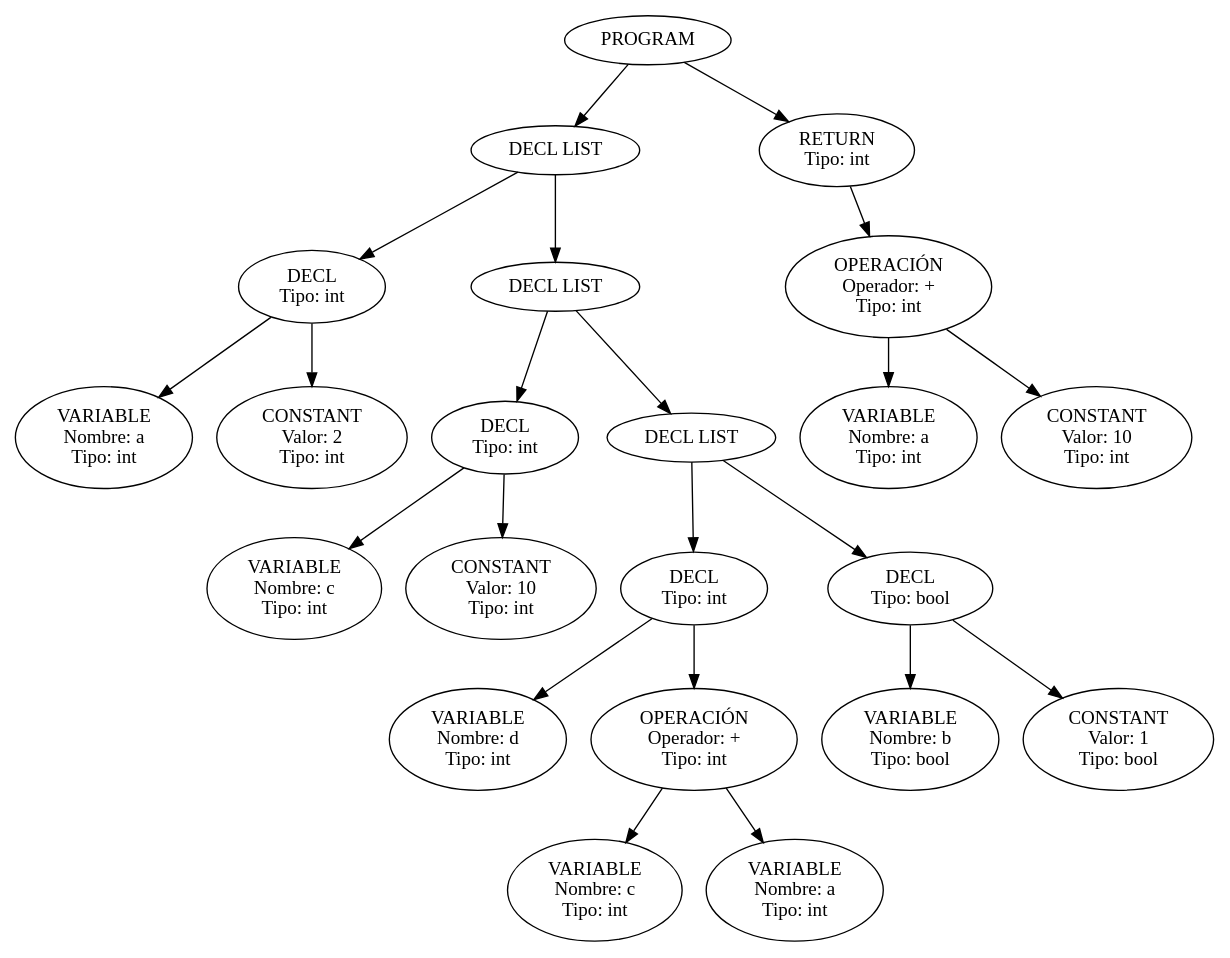
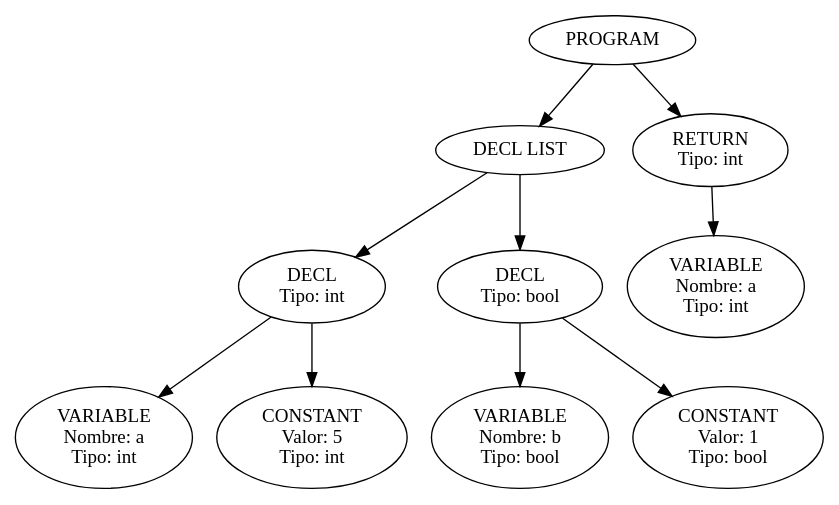
One commit to LucioMansilla/loopi_compiler changed the diagram in ast.dot. Above: the diagram before and after it, drawn with Graphviz. The commit also changed 19 other files, not shown here.

```diff
--- a/ast.dot
+++ b/ast.dot
@@ -1,45 +1,21 @@
 digraph AST {
   0 [label="PROGRAM"];
   1 [label="DECL LIST"];
   2 [label="DECL\nTipo: int"];
   3 [label="VARIABLE\nNombre: a\nTipo: int"];
   2 -> 3;
-  4 [label="CONSTANT\nValor: 2\nTipo: int"];
+  4 [label="CONSTANT\nValor: 5\nTipo: int"];
   2 -> 4;
   1 -> 2;
-  5 [label="DECL LIST"];
-  6 [label="DECL\nTipo: int"];
-  7 [label="VARIABLE\nNombre: c\nTipo: int"];
-  6 -> 7;
-  8 [label="CONSTANT\nValor: 10\nTipo: int"];
-  6 -> 8;
+  5 [label="DECL\nTipo: bool"];
+  6 [label="VARIABLE\nNombre: b\nTipo: bool"];
   5 -> 6;
-  9 [label="DECL LIST"];
-  10 [label="DECL\nTipo: int"];
-  11 [label="VARIABLE\nNombre: d\nTipo: int"];
-  10 -> 11;
-  12 [label="OPERACIÓN\nOperador: +\nTipo: int"];
-  13 [label="VARIABLE\nNombre: c\nTipo: int"];
-  12 -> 13;
-  14 [label="VARIABLE\nNombre: a\nTipo: int"];
-  12 -> 14;
-  10 -> 12;
-  9 -> 10;
-  15 [label="DECL\nTipo: bool"];
-  16 [label="VARIABLE\nNombre: b\nTipo: bool"];
-  15 -> 16;
-  17 [label="CONSTANT\nValor: 1\nTipo: bool"];
-  15 -> 17;
-  9 -> 15;
-  5 -> 9;
+  7 [label="CONSTANT\nValor: 1\nTipo: bool"];
+  5 -> 7;
   1 -> 5;
   0 -> 1;
-  18 [label="RETURN\nTipo: int"];
-  19 [label="OPERACIÓN\nOperador: +\nTipo: int"];
-  20 [label="VARIABLE\nNombre: a\nTipo: int"];
-  19 -> 20;
-  21 [label="CONSTANT\nValor: 10\nTipo: int"];
-  19 -> 21;
-  18 -> 19;
-  0 -> 18;
+  8 [label="RETURN\nTipo: int"];
+  9 [label="VARIABLE\nNombre: a\nTipo: int"];
+  8 -> 9;
+  0 -> 8;
 }
```
